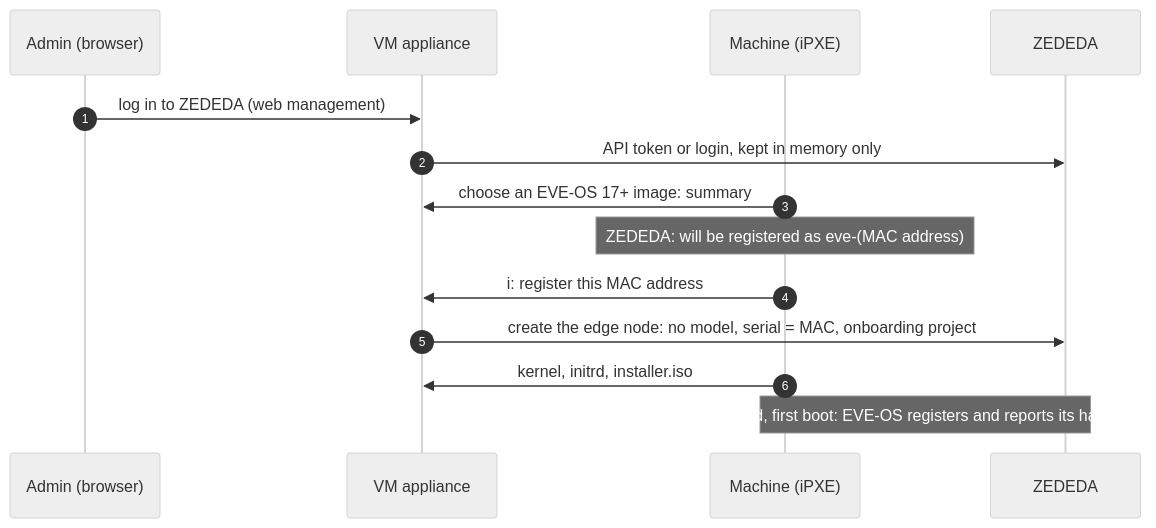
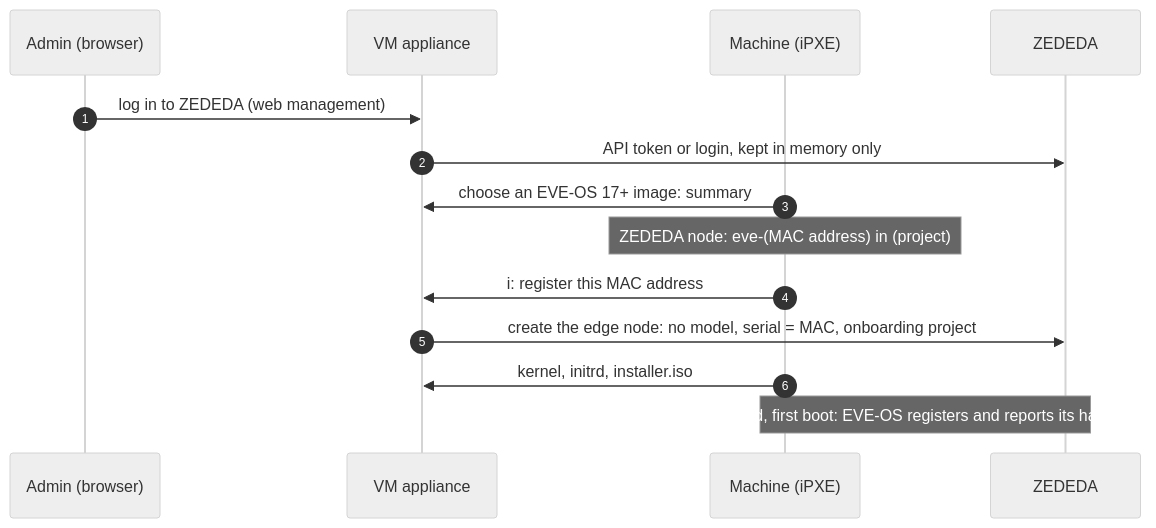
The second of 2 diagrams in README.md (michiel-zededa/eve-netboot-installer), drawn with Mermaid (neutral theme) before and after one commit. The commit also changed other lines of this file and 18 other files, not shown here.

````diff
--- a/README.md
+++ b/README.md
@@ -134,16 +136,16 @@
 ```mermaid
 sequenceDiagram
     autonumber
     participant A as Admin (browser)
     participant V as VM appliance
     participant C as Machine (iPXE)
     participant Z as ZEDEDA
     A->>V: log in to ZEDEDA (web management)
     V->>Z: API token or login, kept in memory only
     C->>V: choose an EVE-OS 17+ image: summary
-    Note over C: ZEDEDA: will be registered as eve-(MAC address)
+    Note over C: ZEDEDA node: eve-(MAC address) in (project)
     C->>V: i: register this MAC address
     V->>Z: create the edge node: no model, serial = MAC, onboarding project
     C->>V: kernel, initrd, installer.iso
     Note over C,Z: installed, first boot: EVE-OS registers and reports its hardware
 ```
````
